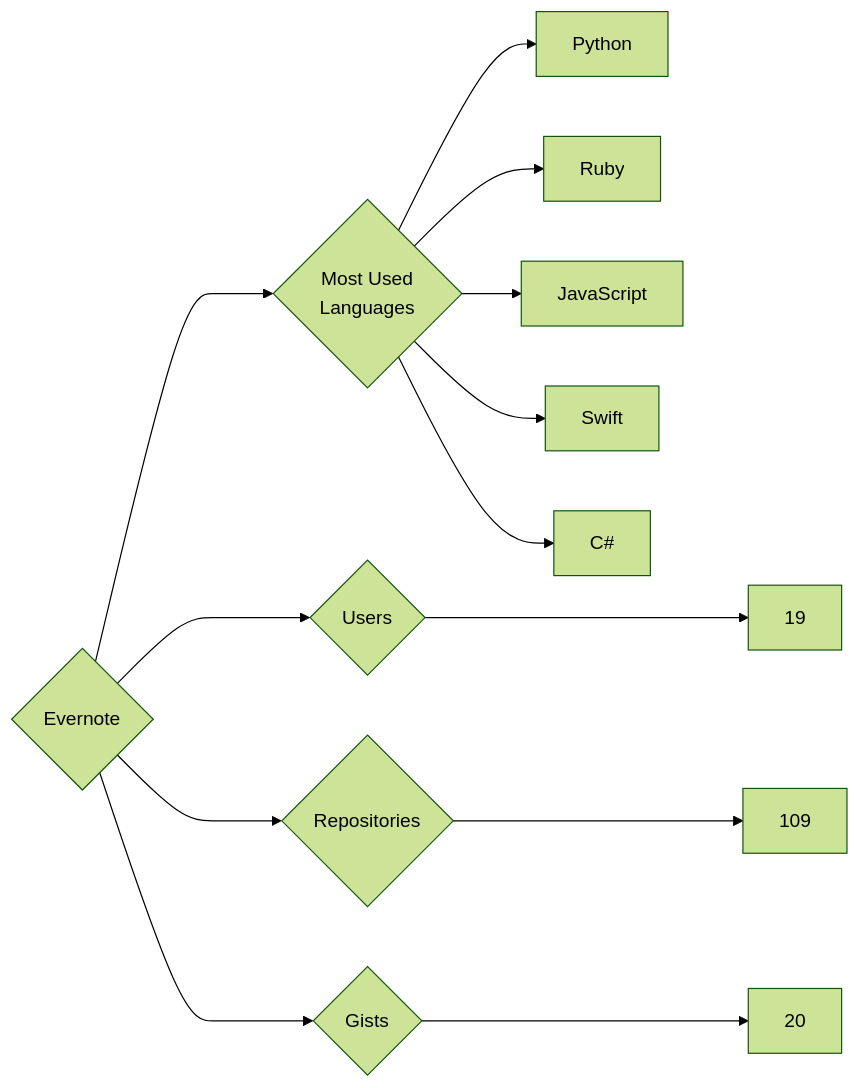
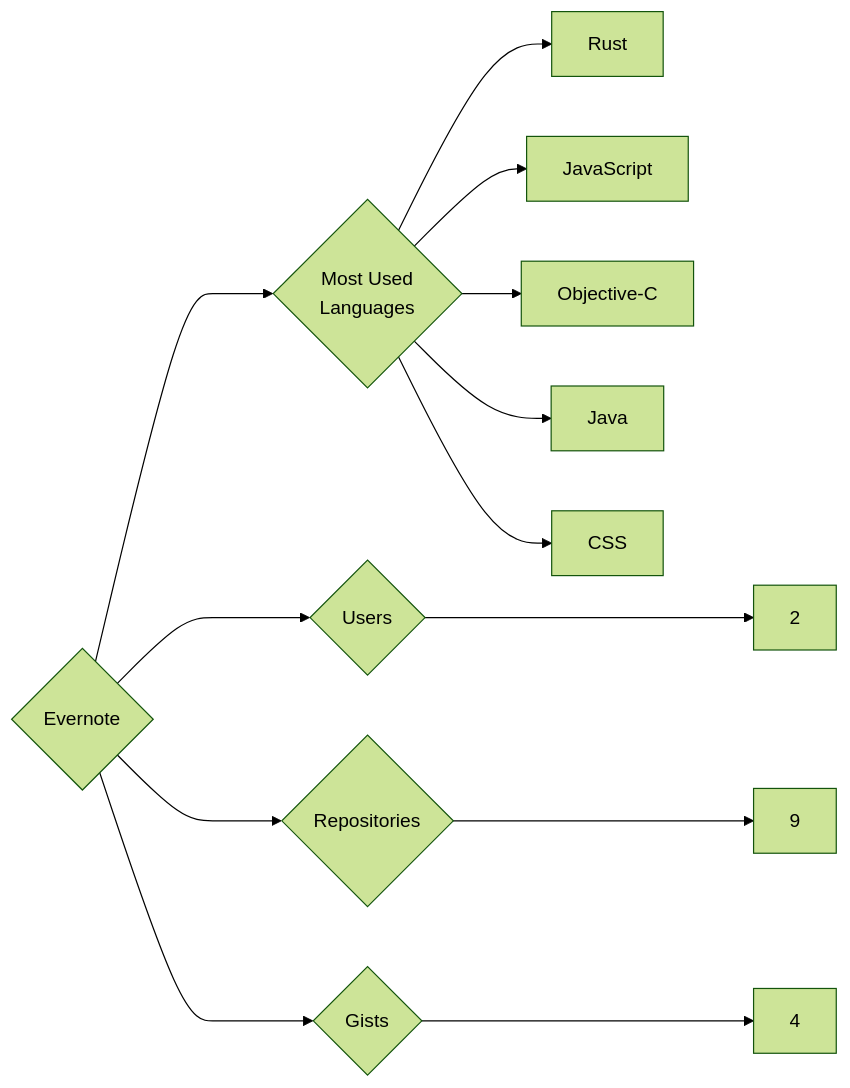
One commit to trickest/insiders changed the diagram in targets/Evernote/README.md. Above: the diagram before and after it, drawn with Mermaid (forest theme). The commit also changed 676 other files, not shown here.

````diff
--- a/targets/Evernote/README.md
+++ b/targets/Evernote/README.md
@@ -3,13 +3,13 @@
 ```mermaid
 graph LR
 COMPANY_NAME{Evernote}
-COMPANY_NAME ---> U{Users} ---> UN[19]
-COMPANY_NAME ---> R{Repositories} ---> RN[109]
-COMPANY_NAME ---> G{Gists} ---> GN[20]
+COMPANY_NAME ---> U{Users} ---> UN[2]
+COMPANY_NAME ---> R{Repositories} ---> RN[9]
+COMPANY_NAME ---> G{Gists} ---> GN[4]
 COMPANY_NAME ---> ML{Most Used<br>Languages}
-ML --> Python[Python]
-ML --> Ruby[Ruby]
+ML --> Rust[Rust]
 ML --> JavaScript[JavaScript]
-ML --> Swift[Swift]
-ML --> C#[C#]
+ML --> Objective-C[Objective-C]
+ML --> Java[Java]
+ML --> CSS[CSS]
 ```
````
